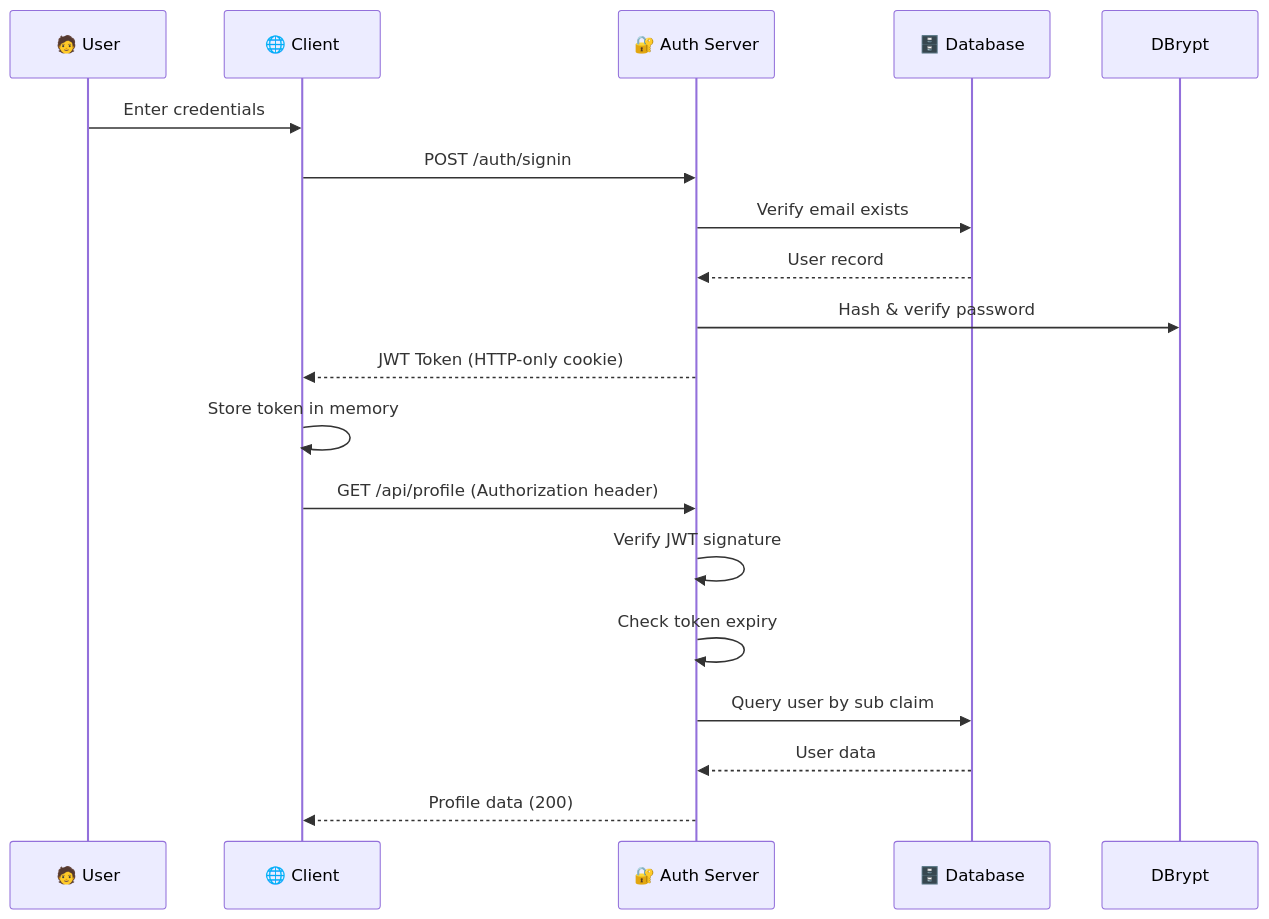
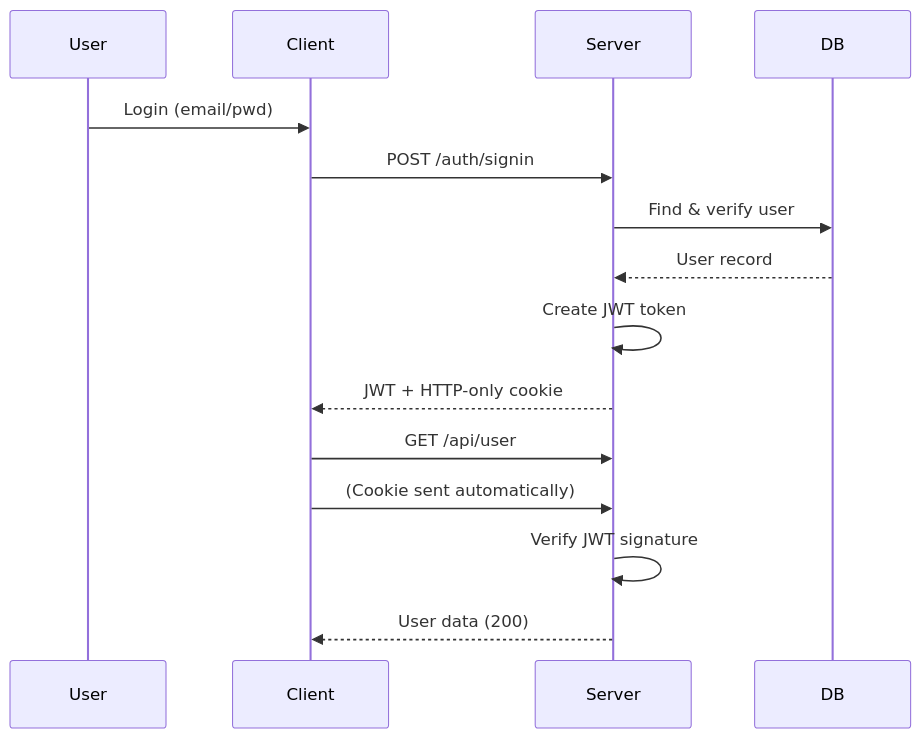
Before and after one commit to ByteForge24/TypeFast: the third of 3 diagrams in README.md, drawn with Mermaid. The commit also changed other lines of this file, not shown here.

Commit message:
refactor: simplify README - reduce diagrams to 3 essential ones, condense verbose sections

````diff
--- a/README.md
+++ b/README.md
@@ -1101,22 +506,19 @@
 ```mermaid
 sequenceDiagram
-    participant User as 🧑 User
-    participant Client as 🌐 Client
-    participant AuthServer as 🔐 Auth Server
-    participant DB as 🗄️ Database
+    participant User
+    participant Client
+    participant Server
+    participant DB
 
-    User->>Client: Enter credentials
-    Client->>AuthServer: POST /auth/signin
-    AuthServer->>DB: Verify email exists
-    DB-->>AuthServer: User record
-    AuthServer->>DBrypt: Hash & verify password
-    AuthServer-->>Client: JWT Token (HTTP-only cookie)
+    User->>Client: Login (email/pwd)
+    Client->>Server: POST /auth/signin
+    Server->>DB: Find & verify user
+    DB-->>Server: User record
+    Server->>Server: Create JWT token
+    Server-->>Client: JWT + HTTP-only cookie
     
-    Client->>Client: Store token in memory
-    Client->>AuthServer: GET /api/profile (Authorization header)
-    AuthServer->>AuthServer: Verify JWT signature
-    AuthServer->>AuthServer: Check token expiry
-    AuthServer->>DB: Query user by sub claim
-    DB-->>AuthServer: User data
-    AuthServer-->>Client: Profile data (200)
+    Client->>Server: GET /api/user
+    Client->>Server: (Cookie sent automatically)
+    Server->>Server: Verify JWT signature
+    Server-->>Client: User data (200)
 ```
````
